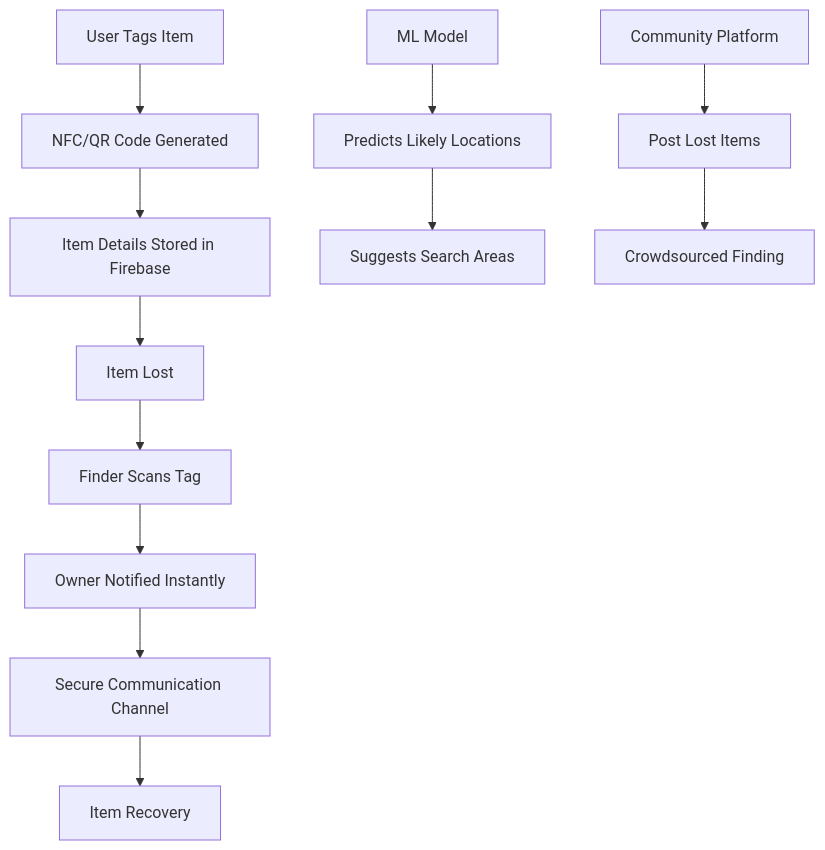
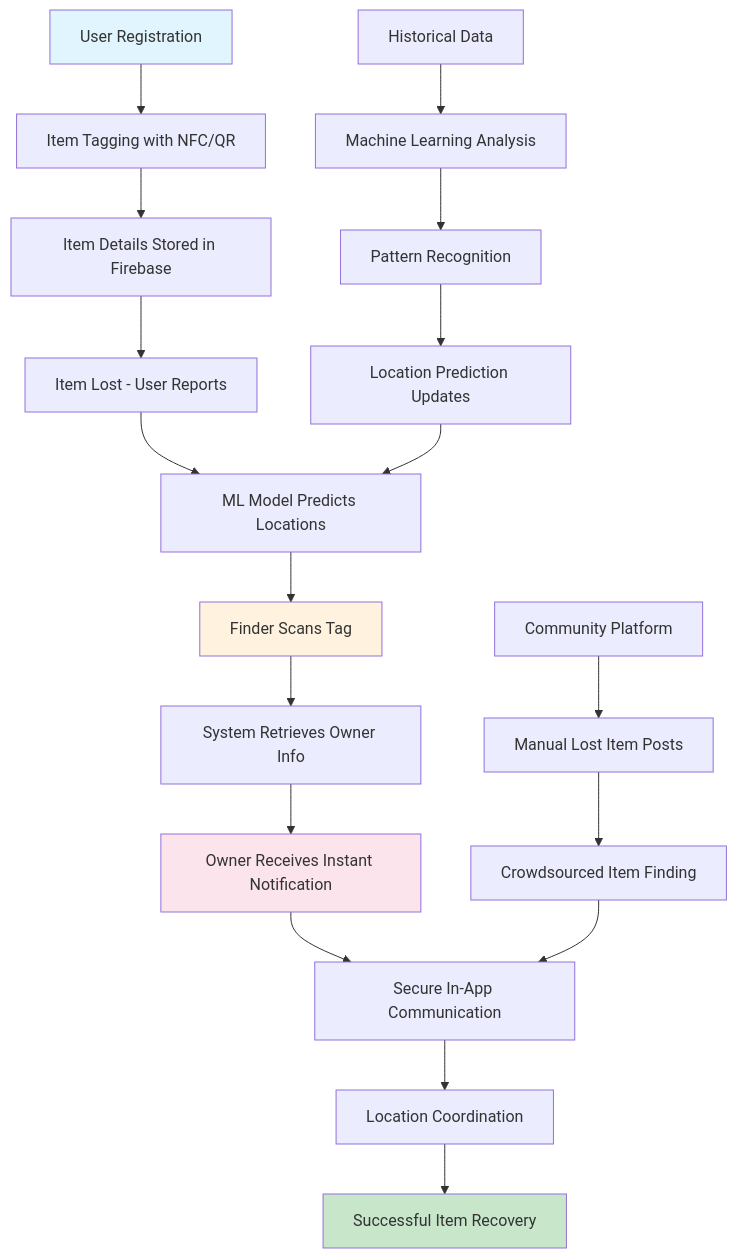
Before and after one commit to AdityaVyavhare/Reclaim: the first of 2 diagrams in README.md, drawn with Mermaid. The commit also changed other lines of this file, not shown here.

````diff
--- a/README.md
+++ b/README.md
@@ -59,16 +90,27 @@
 ```mermaid
 graph TD
-    A[User Tags Item] --> B[NFC/QR Code Generated]
+    A[User Registration] --> B[Item Tagging with NFC/QR]
     B --> C[Item Details Stored in Firebase]
-    C --> D[Item Lost]
-    D --> E[Finder Scans Tag]
-    E --> F[Owner Notified Instantly]
-    F --> G[Secure Communication Channel]
-    G --> H[Item Recovery]
+    C --> D[Item Lost - User Reports]
+    D --> E[ML Model Predicts Locations]
+    E --> F[Finder Scans Tag]
+    F --> G[System Retrieves Owner Info]
+    G --> H[Owner Receives Instant Notification]
+    H --> I[Secure In-App Communication]
+    I --> J[Location Coordination]
+    J --> K[Successful Item Recovery]
     
-    I[ML Model] --> J[Predicts Likely Locations]
-    J --> K[Suggests Search Areas]
+    L[Historical Data] --> M[Machine Learning Analysis]
+    M --> N[Pattern Recognition]
+    N --> O[Location Prediction Updates]
+    O --> E
     
-    L[Community Platform] --> M[Post Lost Items]
-    M --> N[Crowdsourced Finding]
+    P[Community Platform] --> Q[Manual Lost Item Posts]
+    Q --> R[Crowdsourced Item Finding]
+    R --> I
+    
+    style A fill:#e1f5fe
+    style K fill:#c8e6c9
+    style F fill:#fff3e0
+    style H fill:#fce4ec
 ```
````
